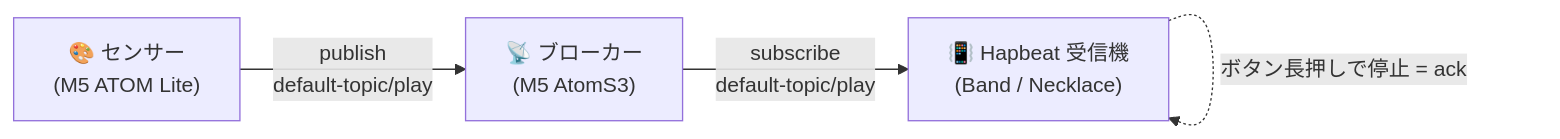
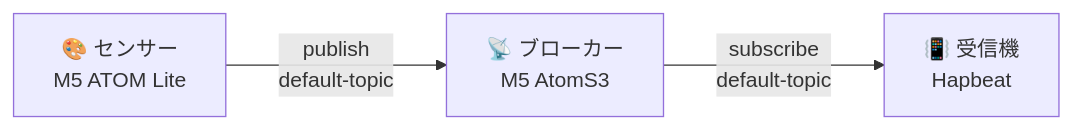
One commit to hapbeat/hapbeat-devtools-site changed the diagram in docs/ja/tools/studio/07-mqtt-alerts.md. Above: the diagram before and after it, drawn with Mermaid. The commit also changed other lines of this file and 2 other files, not shown here.

````diff
--- a/docs/ja/tools/studio/07-mqtt-alerts.md
+++ b/docs/ja/tools/studio/07-mqtt-alerts.md
@@ -14,6 +18,6 @@
 ```mermaid
+%%{init: {'flowchart': {'useMaxWidth': false, 'htmlLabels': true, 'nodeSpacing': 80, 'rankSpacing': 80}}}%%
 flowchart LR
-    S["🎨 センサー<br/>(M5 ATOM Lite)"] -->|publish<br/>default-topic/play| B["📡 ブローカー<br/>(M5 AtomS3)"]
-    B -->|subscribe<br/>default-topic/play| R["📳 Hapbeat 受信機<br/>(Band / Necklace)"]
-    R -.->|ボタン長押しで停止 = ack| R
+    S["🎨 センサー<br/>M5 ATOM Lite"] -->|publish<br/>default-topic| B["📡 ブローカー<br/>M5 AtomS3"]
+    B -->|subscribe<br/>default-topic| R["📳 受信機<br/>Hapbeat"]
 ```
````
